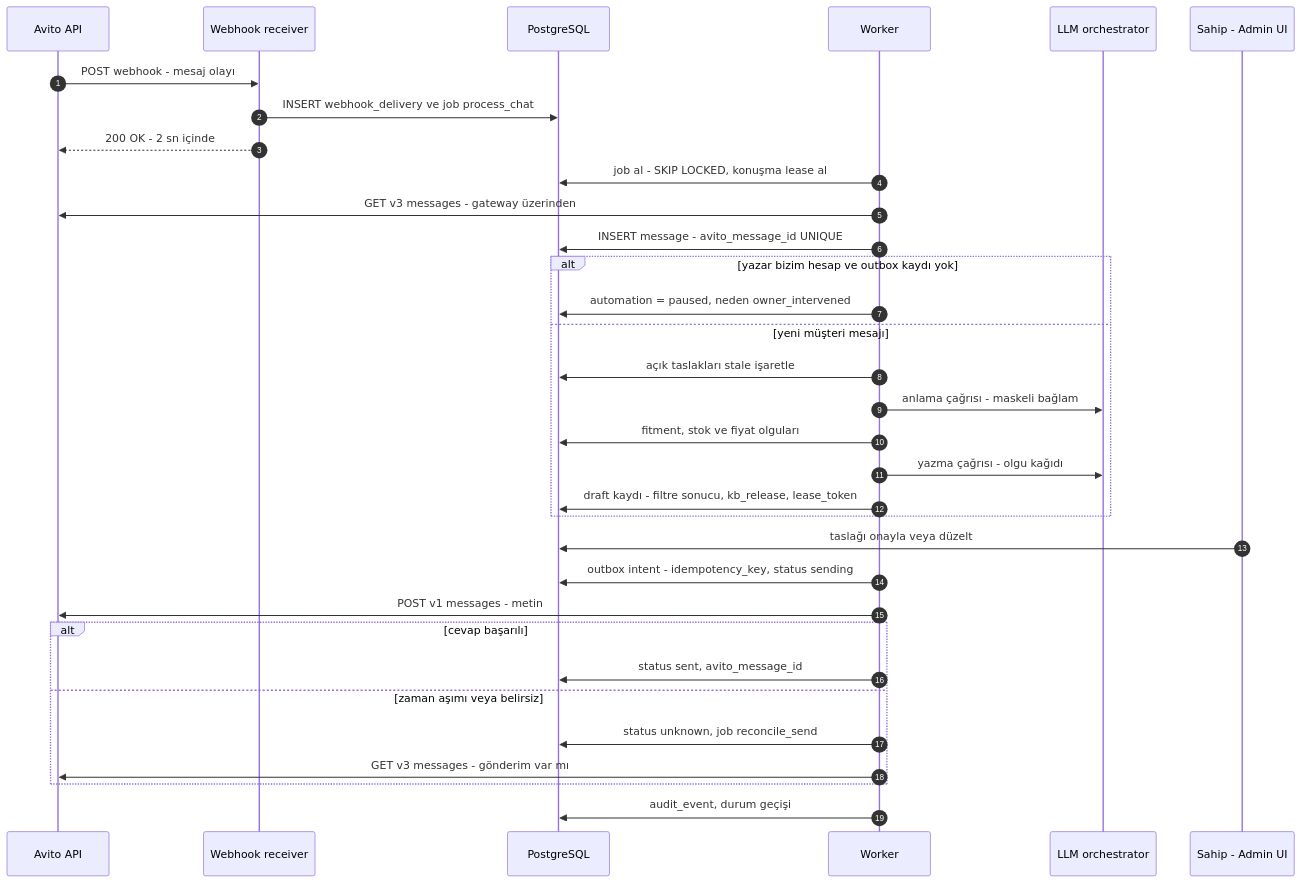
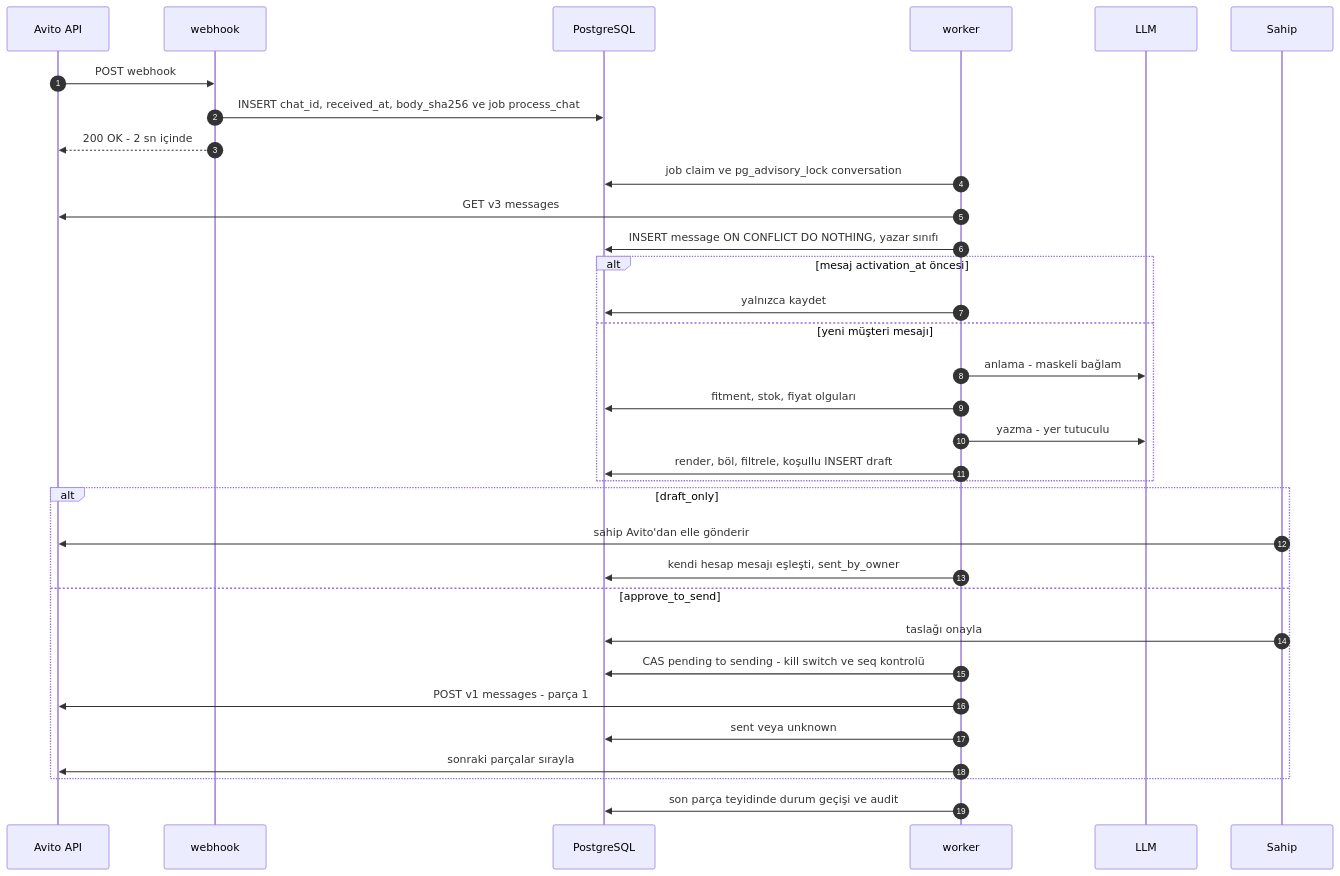
The second of 8 diagrams in docs/ARCHITECTURE.md (khalilofnijat-eng/expert-octo-bassoon), drawn with Mermaid before and after one commit. The commit also changed other lines of this file, not shown here.

First line of the commit message:
Accept architecture rev.2 (T-004); owner approved commit

````diff
--- a/docs/ARCHITECTURE.md
+++ b/docs/ARCHITECTURE.md
@@ -114,35 +122,35 @@
 ```mermaid
 sequenceDiagram
   autonumber
   participant AV as Avito API
-  participant WH as Webhook receiver
+  participant WH as webhook
   participant DB as PostgreSQL
-  participant W as Worker
-  participant L as LLM orchestrator
-  participant O as Sahip - Admin UI
-  AV->>WH: POST webhook - mesaj olayı
-  WH->>DB: INSERT webhook_delivery ve job process_chat
+  participant W as worker
+  participant L as LLM
+  participant O as Sahip
+  AV->>WH: POST webhook
+  WH->>DB: INSERT chat_id, received_at, body_sha256 ve job process_chat
   WH-->>AV: 200 OK - 2 sn içinde
-  W->>DB: job al - SKIP LOCKED, konuşma lease al
-  W->>AV: GET v3 messages - gateway üzerinden
-  W->>DB: INSERT message - avito_message_id UNIQUE
-  alt yazar bizim hesap ve outbox kaydı yok
-    W->>DB: automation = paused, neden owner_intervened
+  W->>DB: job claim ve pg_advisory_lock conversation
+  W->>AV: GET v3 messages
+  W->>DB: INSERT message ON CONFLICT DO NOTHING, yazar sınıfı
+  alt mesaj activation_at öncesi
+    W->>DB: yalnızca kaydet
   else yeni müşteri mesajı
-    W->>DB: açık taslakları stale işaretle
-    W->>L: anlama çağrısı - maskeli bağlam
-    W->>DB: fitment, stok ve fiyat olguları
-    W->>L: yazma çağrısı - olgu kağıdı
-    W->>DB: draft kaydı - filtre sonucu, kb_release, lease_token
+    W->>L: anlama - maskeli bağlam
+    W->>DB: fitment, stok, fiyat olguları
+    W->>L: yazma - yer tutuculu
+    W->>DB: render, böl, filtrele, koşullu INSERT draft
   end
-  O->>DB: taslağı onayla veya düzelt
-  W->>DB: outbox intent - idempotency_key, status sending
-  W->>AV: POST v1 messages - metin
-  alt cevap başarılı
-    W->>DB: status sent, avito_message_id
-  else zaman aşımı veya belirsiz
-    W->>DB: status unknown, job reconcile_send
-    W->>AV: GET v3 messages - gönderim var mı
+  alt draft_only
+    O->>AV: sahip Avito'dan elle gönderir
+    W->>DB: kendi hesap mesajı eşleşti, sent_by_owner
+  else approve_to_send
+    O->>DB: taslağı onayla
+    W->>DB: CAS pending to sending - kill switch ve seq kontrolü
+    W->>AV: POST v1 messages - parça 1
+    W->>DB: sent veya unknown
+    W->>AV: sonraki parçalar sırayla
   end
-  W->>DB: audit_event, durum geçişi
+  W->>DB: son parça teyidinde durum geçişi ve audit
 ```
````
